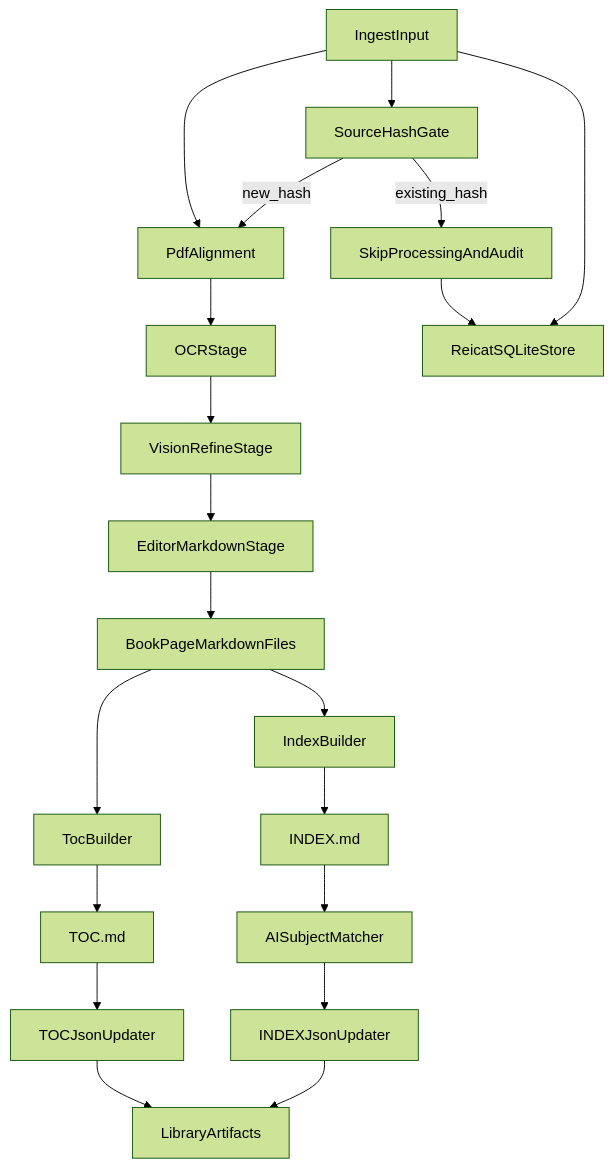
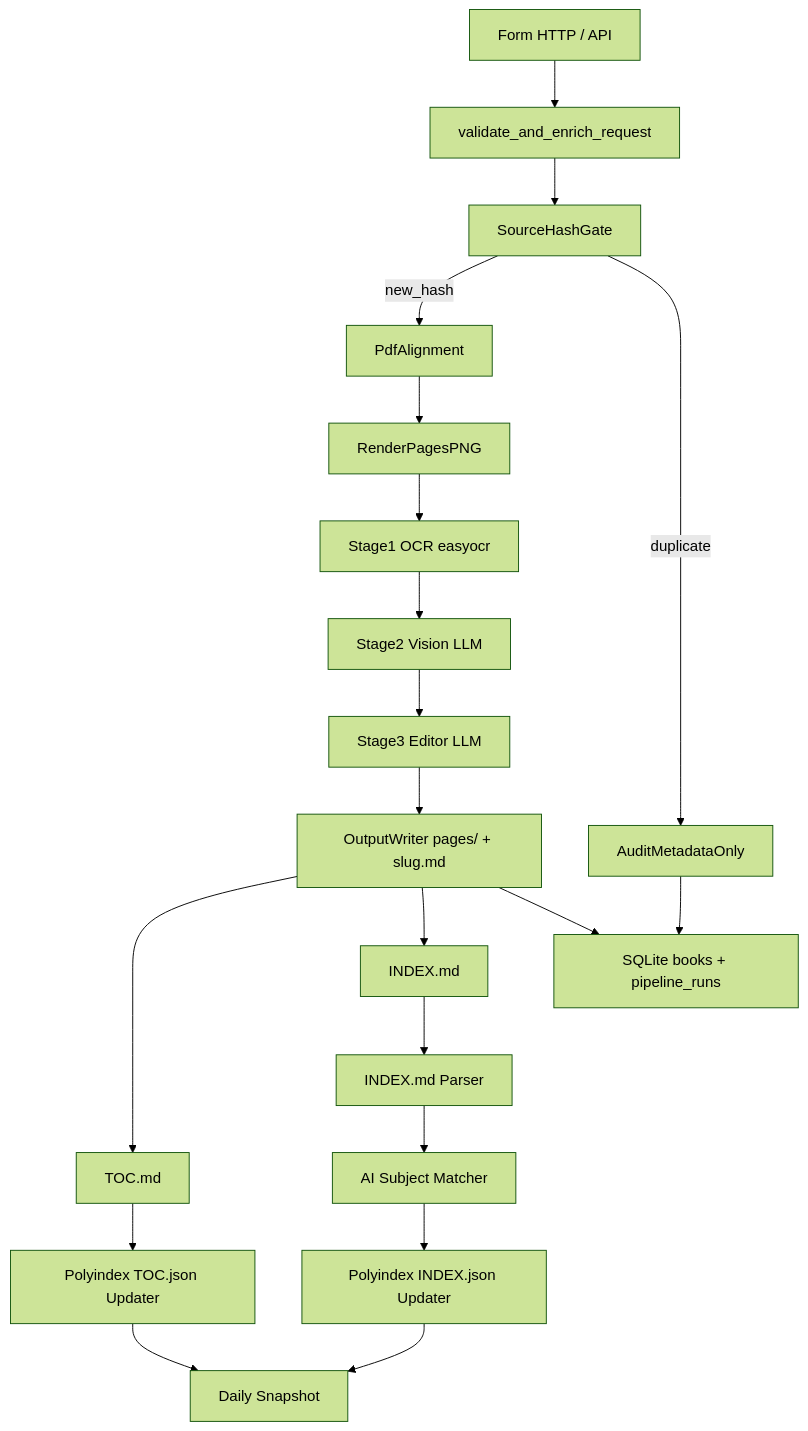
Before and after one commit to M4estroStudios/librarAIn-server: the first of 2 diagrams in PRD-Fase1.md, drawn with Mermaid (forest theme). The commit also changed other lines of this file and 2 other files, not shown here.

````diff
--- a/PRD-Fase1.md
+++ b/PRD-Fase1.md
@@ -78,22 +191,22 @@
 ```mermaid
 flowchart TD
-  ingestInput[IngestInput] --> alignPdf[PdfAlignment]
-  ingestInput --> hashGate[SourceHashGate]
-  hashGate -->|"new_hash"| alignPdf
-  hashGate -->|"existing_hash"| skipProcess[SkipProcessingAndAudit]
-  alignPdf --> ocrStage[OCRStage]
-  ocrStage --> visionStage[VisionRefineStage]
-  visionStage --> editorStage[EditorMarkdownStage]
-  editorStage --> pageFiles[BookPageMarkdownFiles]
-  pageFiles --> tocBuilder[TocBuilder]
-  pageFiles --> indexBuilder[IndexBuilder]
-  tocBuilder --> tocMd[TOC.md]
-  indexBuilder --> indexMd[INDEX.md]
-  ingestInput --> reicatStore[ReicatSQLiteStore]
-  skipProcess --> reicatStore
-  tocMd --> tocJsonUpdater[TOCJsonUpdater]
-  indexMd --> aiSubjectMatcher[AISubjectMatcher]
-  aiSubjectMatcher --> indexJsonUpdater[INDEXJsonUpdater]
-  tocJsonUpdater --> libraryArtifacts[LibraryArtifacts]
-  indexJsonUpdater --> libraryArtifacts
+  form[Form HTTP / API] --> validate[validate_and_enrich_request]
+  validate --> hashGate[SourceHashGate]
+  hashGate -->|new_hash| align[PdfAlignment]
+  hashGate -->|duplicate| auditOnly[AuditMetadataOnly]
+  align --> render[RenderPagesPNG]
+  render --> stage1[Stage1 OCR easyocr]
+  stage1 --> stage2[Stage2 Vision LLM]
+  stage2 --> stage3[Stage3 Editor LLM]
+  stage3 --> writer[OutputWriter pages/ + slug.md]
+  writer --> tocMd[TOC.md]
+  writer --> indexMd[INDEX.md]
+  tocMd --> polyTocUpdater[Polyindex TOC.json Updater]
+  indexMd --> indexParser[INDEX.md Parser]
+  indexParser --> subjectMatcher[AI Subject Matcher]
+  subjectMatcher --> polyIndexUpdater[Polyindex INDEX.json Updater]
+  polyTocUpdater --> snapshot[Daily Snapshot]
+  polyIndexUpdater --> snapshot
+  writer --> reicatStore[SQLite books + pipeline_runs]
+  auditOnly --> reicatStore
 ```
````
